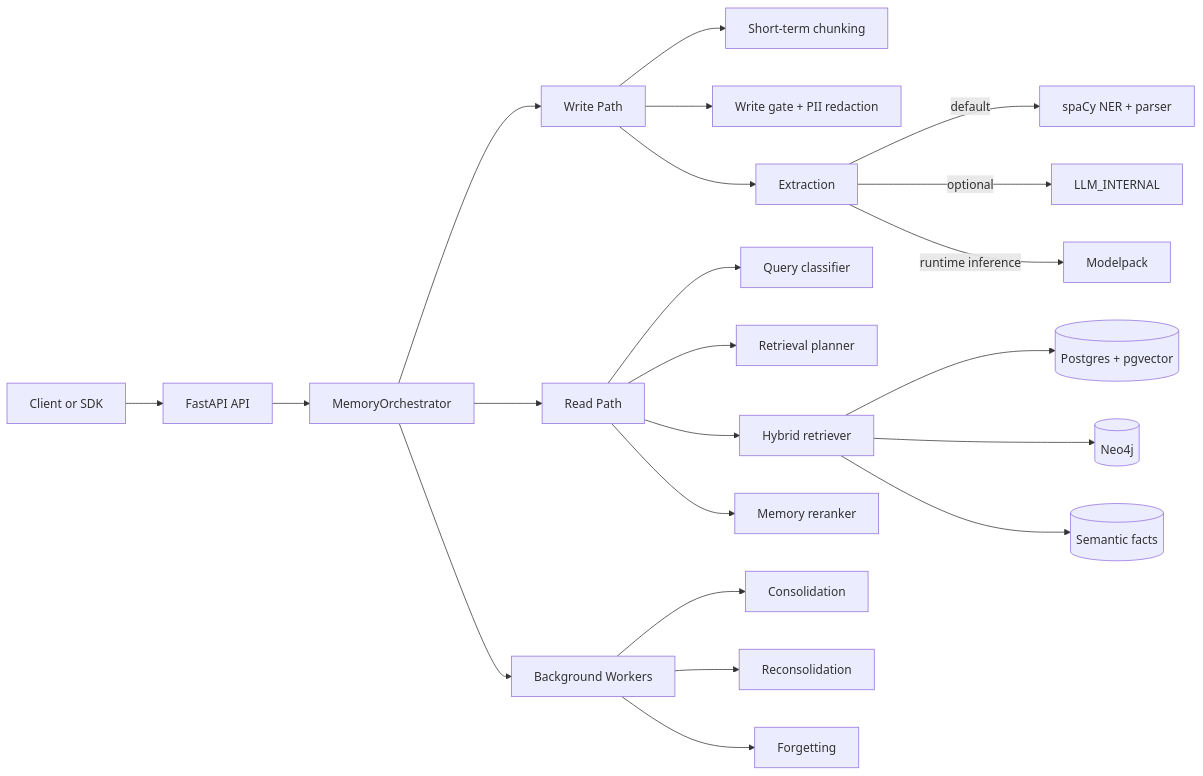
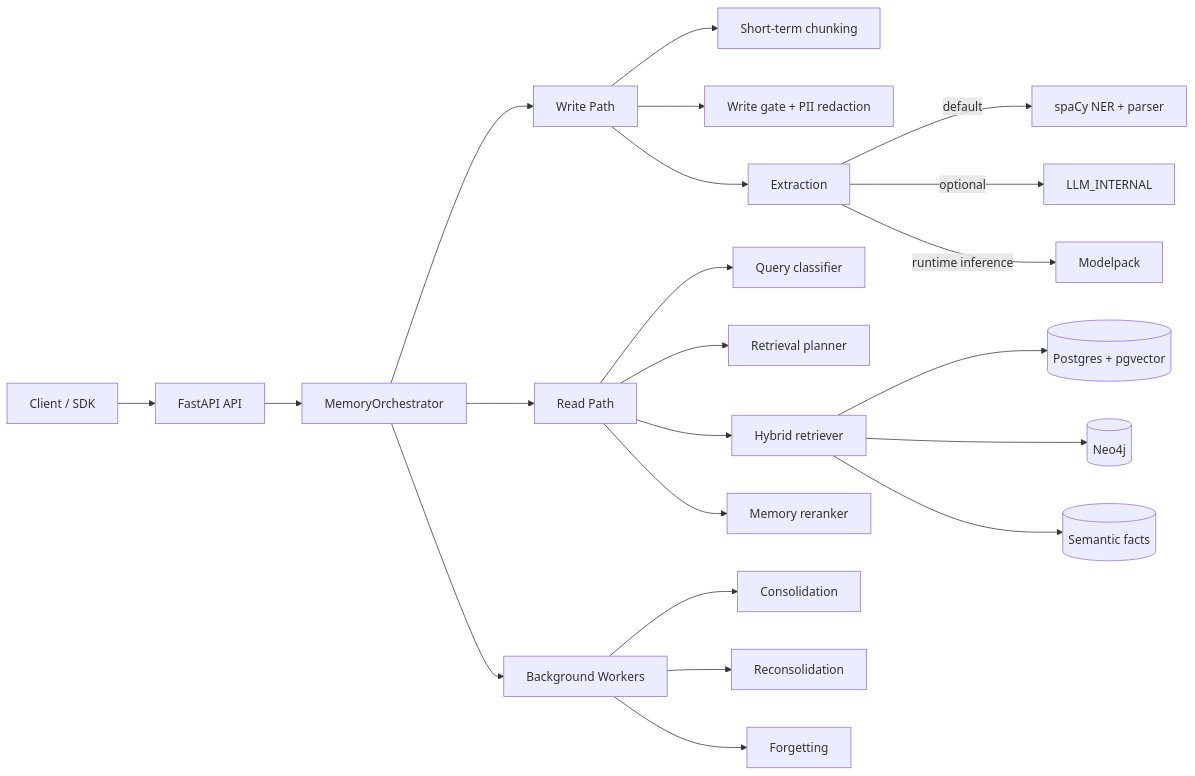
The first of 2 diagrams in README.md (avinash-mall/CognitiveMemoryLayer), drawn with Mermaid before and after one commit. The commit also changed other lines of this file, not shown here.

````diff
--- a/README.md
+++ b/README.md
@@ -112,29 +148,29 @@
 ```mermaid
 flowchart LR
-    C[Client or SDK] --> API[FastAPI API]
+    C[Client / SDK] --> API[FastAPI API]
     API --> ORCH[MemoryOrchestrator]
 
     ORCH --> WRITE[Write Path]
     ORCH --> READ[Read Path]
     ORCH --> BG[Background Workers]
 
     WRITE --> STM[Short-term chunking]
     WRITE --> GATE[Write gate + PII redaction]
     WRITE --> EXT[Extraction]
     EXT -->|default| NER[spaCy NER + parser]
     EXT -->|optional| LLM[LLM_INTERNAL]
     EXT -->|runtime inference| MP[Modelpack]
 
-    READ --> CLS[Query classifier]
+    READ --> CLS2[Query classifier]
     READ --> PLAN[Retrieval planner]
     READ --> RET[Hybrid retriever]
     READ --> RER[Memory reranker]
 
     RET --> PG[(Postgres + pgvector)]
     RET --> NEO[(Neo4j)]
     RET --> FACT[(Semantic facts)]
 
     BG --> CONS[Consolidation]
     BG --> RECON[Reconsolidation]
     BG --> FORGET[Forgetting]
 ```
````
